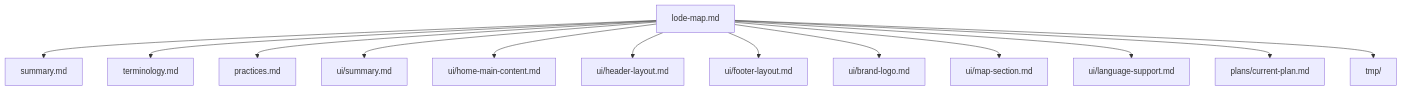
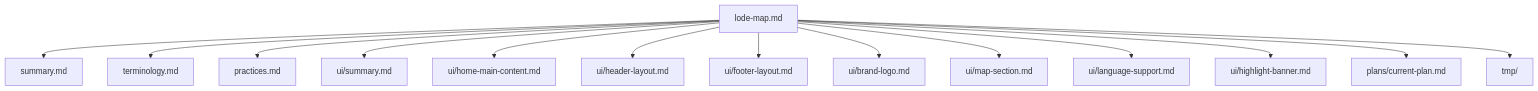
One commit to ipavic933-spec/website-pavic changed the diagram in lode/lode-map.md. Above: the diagram before and after it, drawn with Mermaid. The commit also changed other lines of this file and 9 other files, not shown here.

````diff
--- a/lode/lode-map.md
+++ b/lode/lode-map.md
@@ -25,15 +26,16 @@
 ```mermaid
 graph TD
   LodeMap["lode-map.md"] --> Summary["summary.md"]
   LodeMap --> Terminology["terminology.md"]
   LodeMap --> Practices["practices.md"]
   LodeMap --> UiSummary["ui/summary.md"]
   LodeMap --> UiHomeMain["ui/home-main-content.md"]
   LodeMap --> UiHeader["ui/header-layout.md"]
   LodeMap --> UiFooter["ui/footer-layout.md"]
   LodeMap --> UiBrandLogo["ui/brand-logo.md"]
   LodeMap --> UiMap["ui/map-section.md"]
   LodeMap --> UiLanguage["ui/language-support.md"]
+  LodeMap --> UiBanner["ui/highlight-banner.md"]
   LodeMap --> Plans["plans/current-plan.md"]
   LodeMap --> Tmp["tmp/"]
 ```
````
